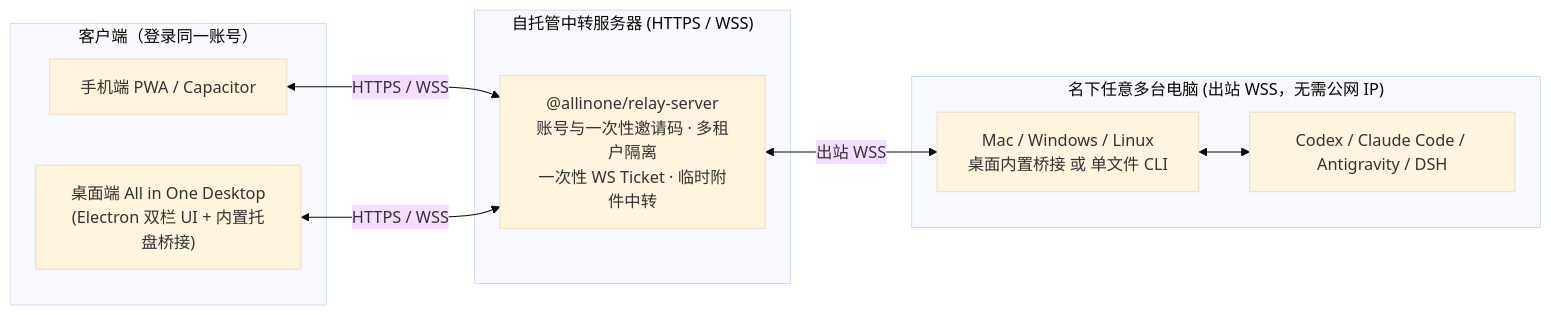
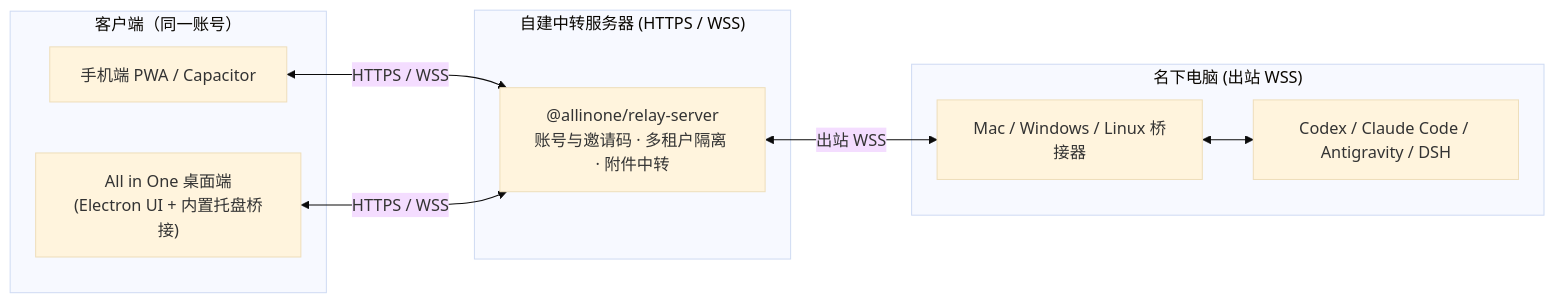
Before and after one commit to RainbowLion0320/AllinOne: the diagram in README.md, drawn with Mermaid (base theme). The commit also changed other lines of this file and 1 other file, not shown here.

````diff
--- a/README.md
+++ b/README.md
@@ -117,21 +106,21 @@
 ```mermaid
 flowchart LR
-  subgraph Clients["客户端（登录同一账号）"]
+  subgraph Clients["客户端（同一账号）"]
     M["手机端 PWA / Capacitor"]
-    D["桌面端 All in One Desktop<br/>(Electron 双栏 UI + 内置托盘桥接)"]
+    D["All in One 桌面端<br/>(Electron UI + 内置托盘桥接)"]
   end
 
-  subgraph Server["自托管中转服务器 (HTTPS / WSS)"]
-    R["@allinone/relay-server<br/>账号与一次性邀请码 · 多租户隔离<br/>一次性 WS Ticket · 临时附件中转"]
+  subgraph Server["自建中转服务器 (HTTPS / WSS)"]
+    R["@allinone/relay-server<br/>账号与邀请码 · 多租户隔离 · 附件中转"]
   end
 
-  subgraph PCs["名下任意多台电脑 (出站 WSS，无需公网 IP)"]
-    B1["Mac / Windows / Linux<br/>桌面内置桥接 或 单文件 CLI"]
+  subgraph PCs["名下电脑 (出站 WSS)"]
+    B1["Mac / Windows / Linux 桥接器"]
     A1["Codex / Claude Code / Antigravity / DSH"]
     B1 <--> A1
   end
 
   M <-->|"HTTPS / WSS"| R
   D <-->|"HTTPS / WSS"| R
   R <-->|"出站 WSS"| B1
 ```
````
